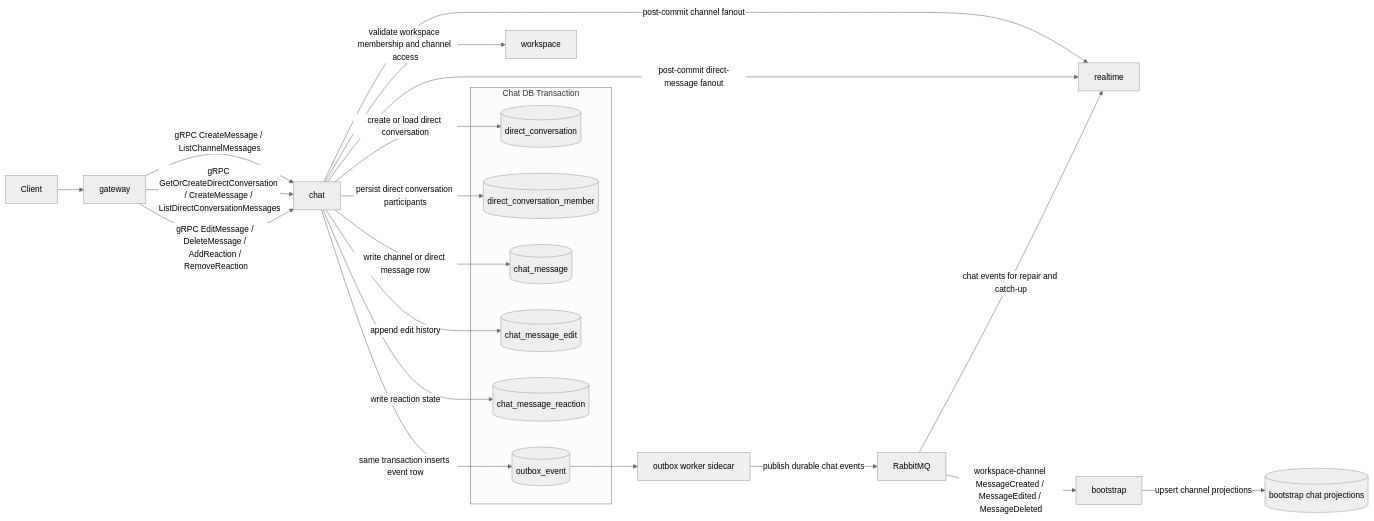
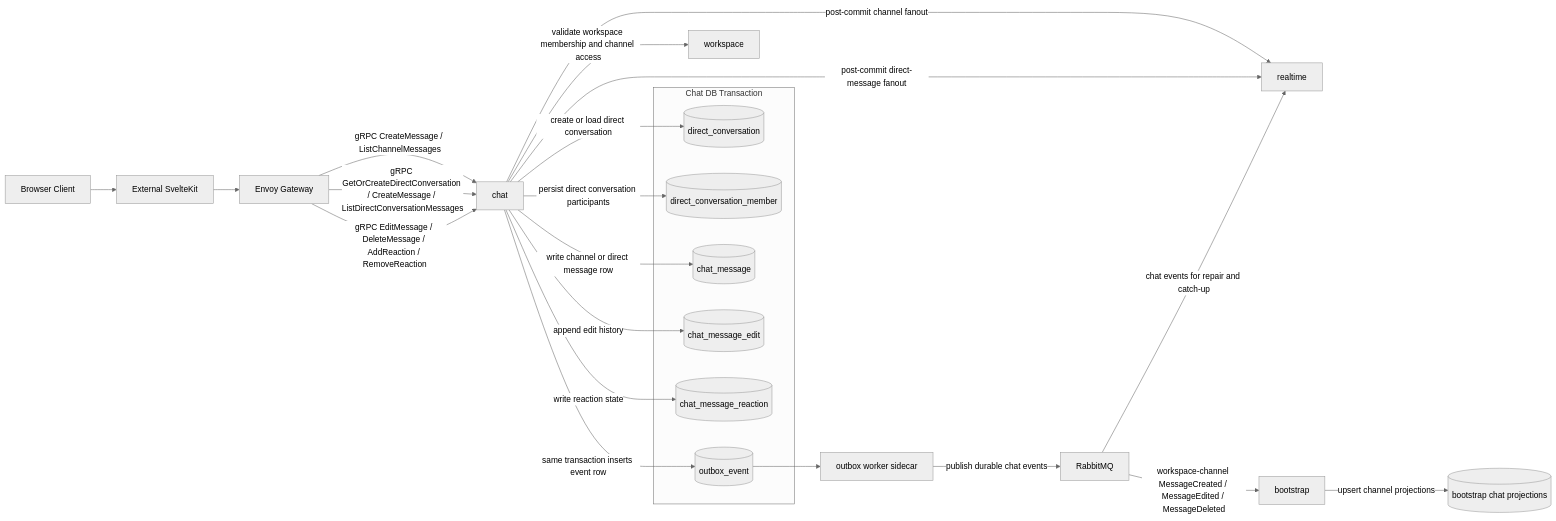
Before and after one commit to nthnf/Relay: the diagram in docs/service/chat/diagram.md, drawn with Mermaid (neutral theme). The commit also changed other lines of this file and 53 other files, not shown here.

````diff
--- a/docs/service/chat/diagram.md
+++ b/docs/service/chat/diagram.md
@@ -3,34 +3,35 @@
 ```mermaid
 flowchart LR
-    Client[Client] --> Gateway[gateway]
+    Browser[Browser Client] --> App[External SvelteKit]
+    App --> Gateway[Envoy Gateway]
     Gateway -->|gRPC CreateMessage / ListChannelMessages| Chat[chat]
     Gateway -->|gRPC GetOrCreateDirectConversation / CreateMessage / ListDirectConversationMessages| Chat
     Gateway -->|gRPC EditMessage / DeleteMessage / AddReaction / RemoveReaction| Chat
     Chat -->|validate workspace membership and channel access| Workspace[workspace]
 
     subgraph Chat DB Transaction
         DC[(direct_conversation)]
         DCM[(direct_conversation_member)]
         CM[(chat_message)]
         CME[(chat_message_edit)]
         CMR[(chat_message_reaction)]
         O[(outbox_event)]
     end
 
     Chat -->|create or load direct conversation| DC
     Chat -->|persist direct conversation participants| DCM
     Chat -->|write channel or direct message row| CM
     Chat -->|append edit history| CME
     Chat -->|write reaction state| CMR
     Chat -->|same transaction inserts event row| O
 
     Chat -->|post-commit channel fanout| Realtime[realtime]
     Chat -->|post-commit direct-message fanout| Realtime
 
     O --> Worker[outbox worker sidecar]
     Worker -->|publish durable chat events| RabbitMQ[RabbitMQ]
     RabbitMQ -->|workspace-channel MessageCreated / MessageEdited / MessageDeleted| Bootstrap[bootstrap]
     RabbitMQ -->|chat events for repair and catch-up| Realtime
 
     Bootstrap -->|upsert channel projections| Projections[(bootstrap chat projections)]
 ```
````
